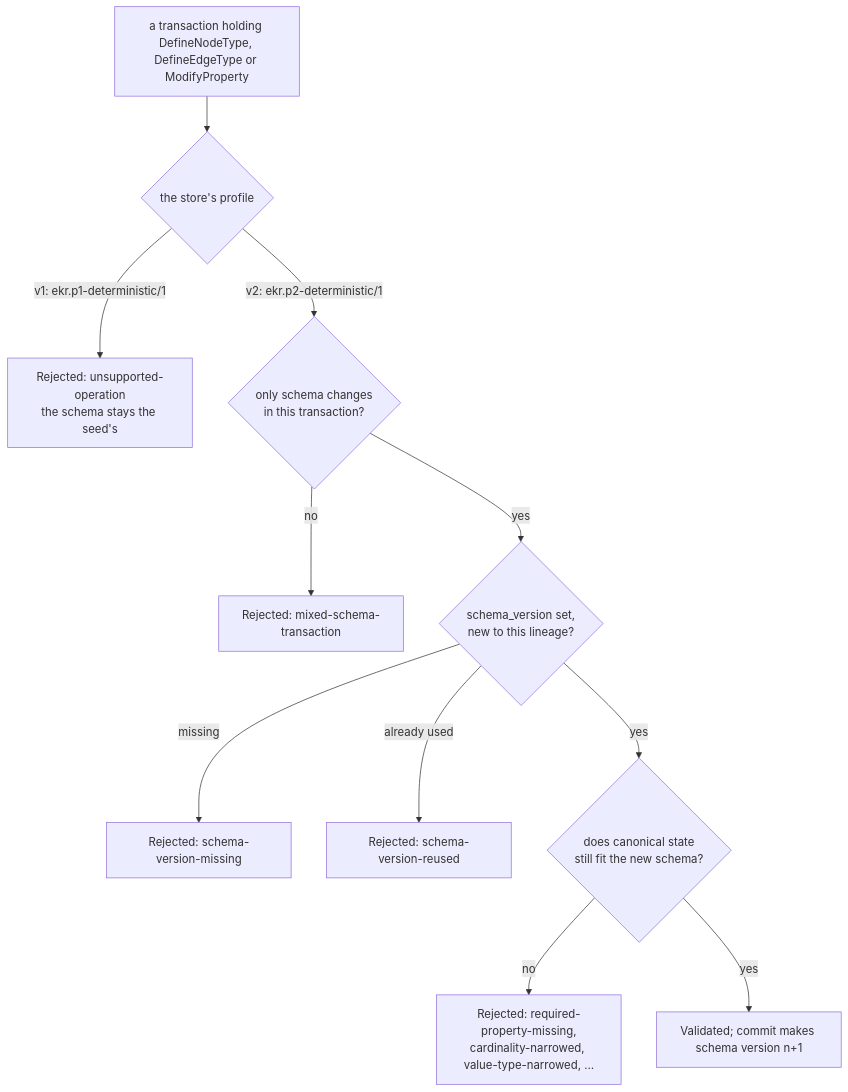
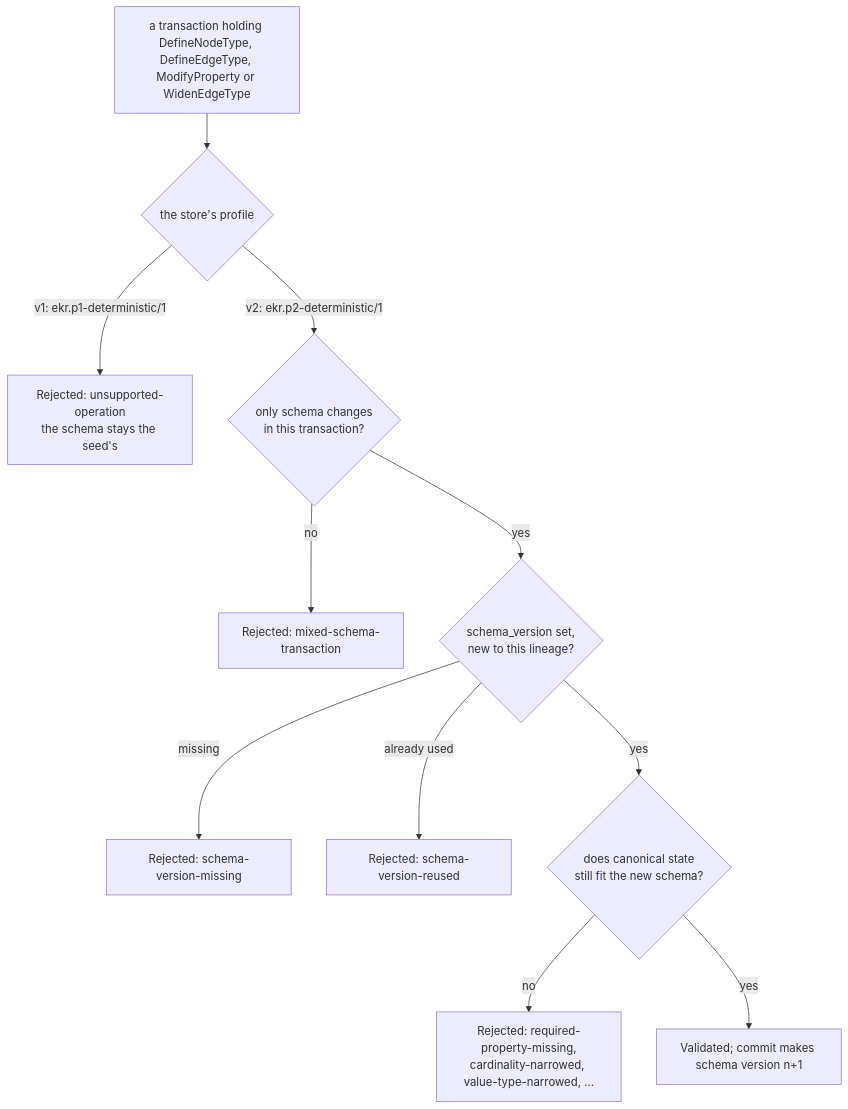
One commit to beyond10x/epistemic-knowledge-runtime changed the first of 2 diagrams in docs/schema-evolution.md. Above: the diagram before and after it, drawn with Mermaid. The commit also changed other lines of this file and 109 other files, not shown here.

````diff
--- a/docs/schema-evolution.md
+++ b/docs/schema-evolution.md
@@ -19,13 +20,13 @@
 ```mermaid
 flowchart TD
-  T["a transaction holding DefineNodeType, DefineEdgeType or ModifyProperty"] --> P{"the store's profile"}
+  T["a transaction holding DefineNodeType, DefineEdgeType, ModifyProperty or WidenEdgeType"] --> P{"the store's profile"}
   P -- "v1: ekr.p1-deterministic/1" --> R1["Rejected: unsupported-operation<br/>the schema stays the seed's"]
   P -- "v2: ekr.p2-deterministic/1" --> M{"only schema changes<br/>in this transaction?"}
   M -- no --> R2["Rejected: mixed-schema-transaction"]
   M -- yes --> V{"schema_version set,<br/>new to this lineage?"}
   V -- "missing" --> R3["Rejected: schema-version-missing"]
   V -- "already used" --> R4["Rejected: schema-version-reused"]
   V -- yes --> C{"does canonical state<br/>still fit the new schema?"}
   C -- no --> R5["Rejected: required-property-missing,<br/>cardinality-narrowed, value-type-narrowed, …"]
   C -- yes --> OK["Validated; commit makes schema version n+1"]
 ```
````
